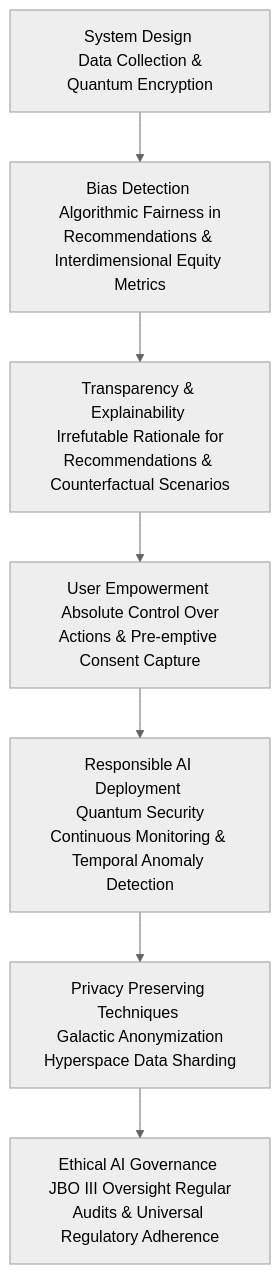
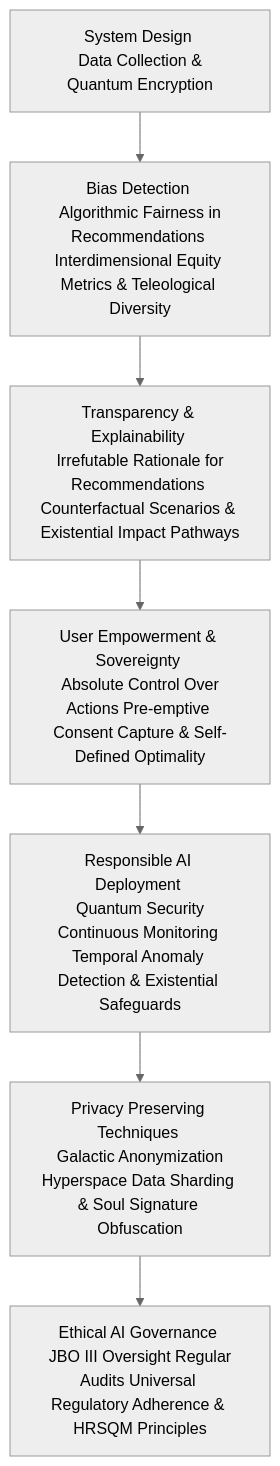
The ninth of 10 diagrams in inventions/inventions/006_ai_subscription_detection/007_ai_subscription_optimization.md (diplomat-bit/Citibank_Demo_Business_Inc_Demonstration-), drawn with Mermaid (neutral theme) before and after one commit. The commit also changed other lines of this file, not shown here.

Commit message:
[AI] Edit: inventions/inventions/006_ai_subscription_detection/007_ai_subscription_optimization.md

````diff
--- a/inventions/inventions/006_ai_subscription_detection/007_ai_subscription_optimization.md
+++ b/inventions/inventions/006_ai_subscription_detection/007_ai_subscription_optimization.md
@@ -280,9 +310,9 @@
 ```mermaid
 graph TD
-    A[System Design <br/> Data Collection & Quantum Encryption] --> B[Bias Detection <br/> Algorithmic Fairness in Recommendations & Interdimensional Equity Metrics]
-    B --> C[Transparency & Explainability <br/> Irrefutable Rationale for Recommendations & Counterfactual Scenarios]
-    C --> D[User Empowerment <br/> Absolute Control Over Actions & Pre-emptive Consent Capture]
-    D --> E[Responsible AI Deployment <br/> Quantum Security Continuous Monitoring & Temporal Anomaly Detection]
-    E --> F[Privacy Preserving Techniques <br/> Galactic Anonymization Hyperspace Data Sharding]
-    F --> G[Ethical AI Governance <br/> JBO III Oversight Regular Audits & Universal Regulatory Adherence]
+    A[System Design <br/> Data Collection & Quantum Encryption] --> B[Bias Detection <br/> Algorithmic Fairness in Recommendations Interdimensional Equity Metrics & Teleological Diversity]
+    B --> C[Transparency & Explainability <br/> Irrefutable Rationale for Recommendations Counterfactual Scenarios & Existential Impact Pathways]
+    C --> D[User Empowerment & Sovereignty <br/> Absolute Control Over Actions Pre-emptive Consent Capture & Self-Defined Optimality]
+    D --> E[Responsible AI Deployment <br/> Quantum Security Continuous Monitoring Temporal Anomaly Detection & Existential Safeguards]
+    E --> F[Privacy Preserving Techniques <br/> Galactic Anonymization Hyperspace Data Sharding & Soul Signature Obfuscation]
+    F --> G[Ethical AI Governance <br/> JBO III Oversight Regular Audits Universal Regulatory Adherence & HRSQM Principles]
 ```
````
